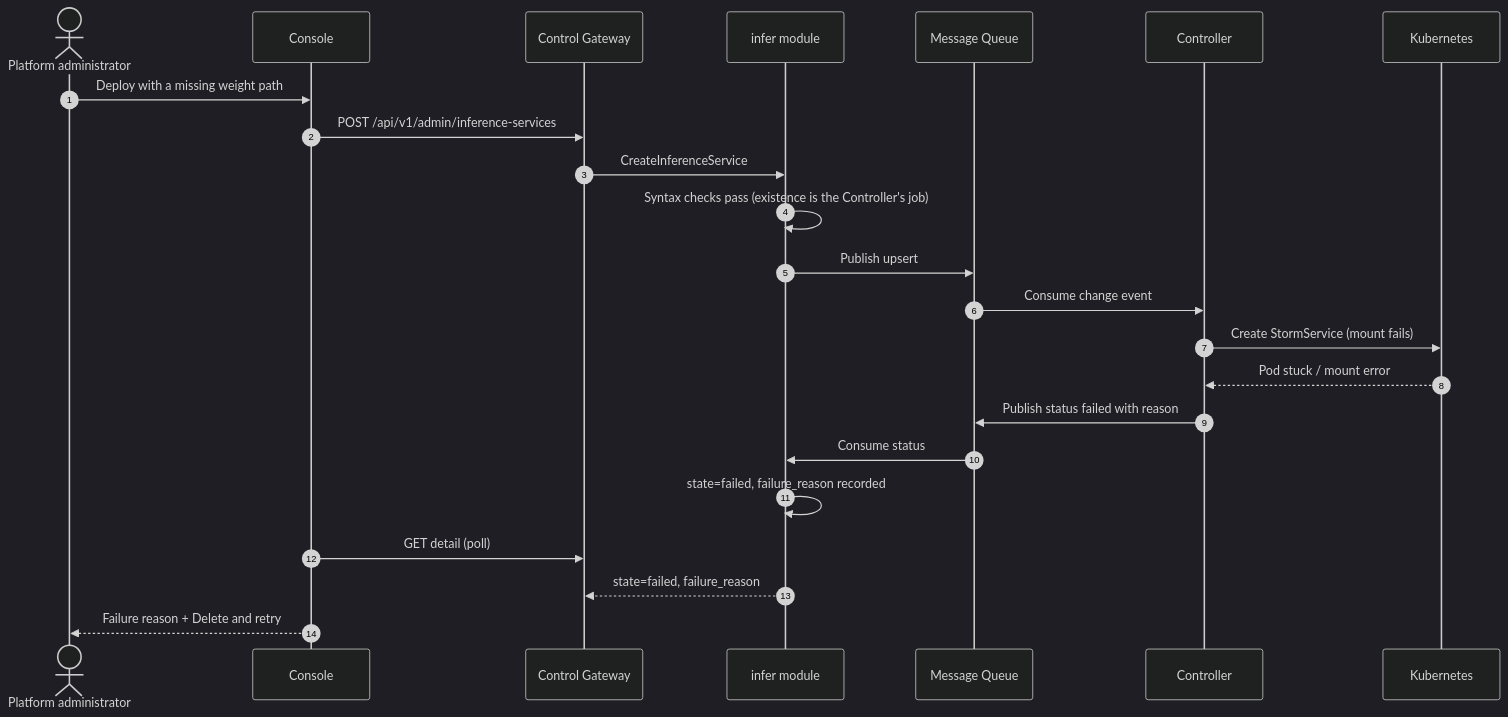
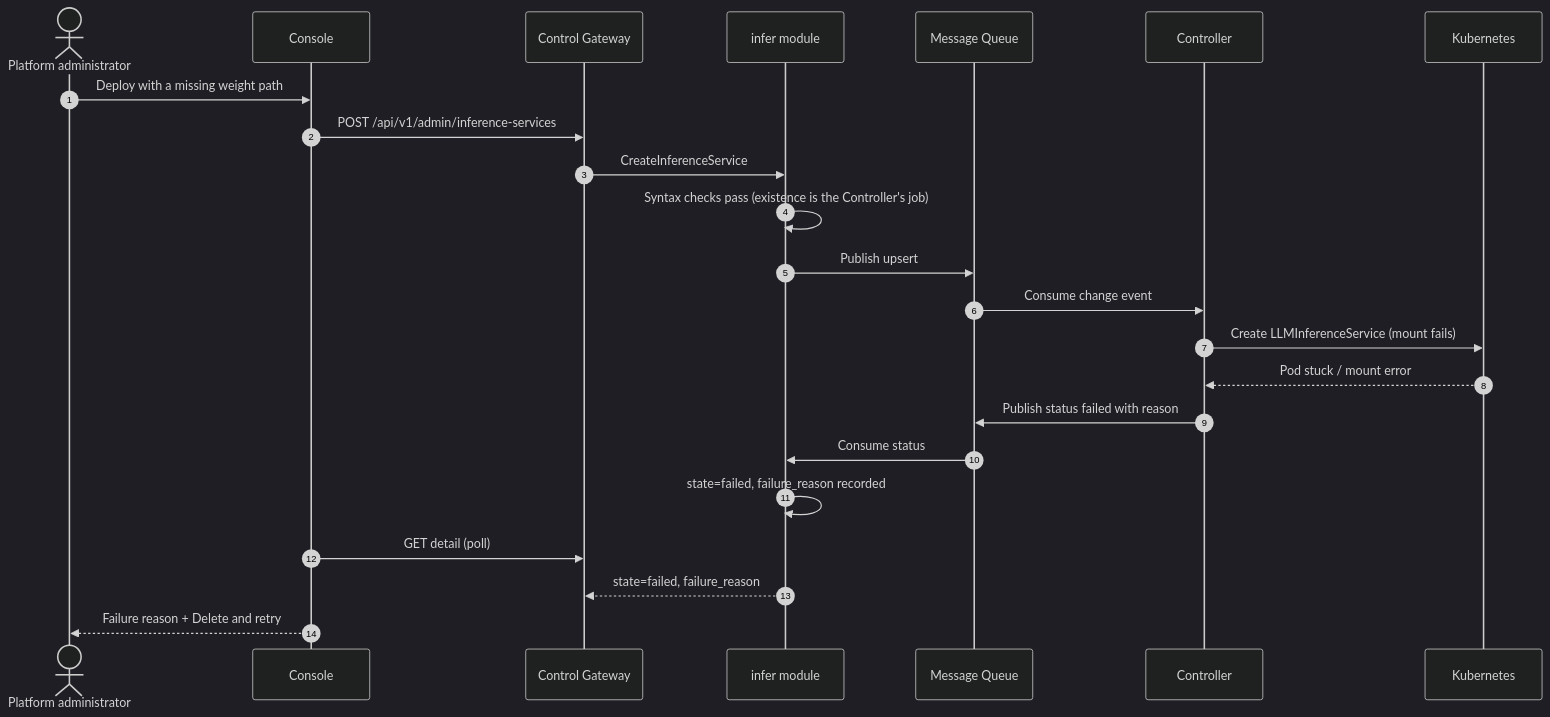
Before and after one commit to go-taas/go-taas: the fourth of 5 diagrams in site/docs/architecture/model-catalog-deployment.md, drawn with Mermaid (dark theme). The commit also changed other lines of this file and 151 other files, not shown here.

````diff
--- a/site/docs/architecture/model-catalog-deployment.md
+++ b/site/docs/architecture/model-catalog-deployment.md
@@ -363,26 +363,26 @@
 ```mermaid
 sequenceDiagram
     autonumber
     actor Admin as Platform administrator
     participant Console as Console
     participant CGW as Control Gateway
     participant Infer as infer module
     participant MQ as Message Queue
     participant CTRL as Controller
     participant K8s as Kubernetes
 
     Admin->>Console: Deploy with a missing weight path
     Console->>CGW: POST /api/v1/admin/inference-services
     CGW->>Infer: CreateInferenceService
     Infer->>Infer: Syntax checks pass (existence is the Controller's job)
     Infer->>MQ: Publish upsert
     MQ->>CTRL: Consume change event
-    CTRL->>K8s: Create StormService (mount fails)
+    CTRL->>K8s: Create LLMInferenceService (mount fails)
     K8s-->>CTRL: Pod stuck / mount error
     CTRL->>MQ: Publish status failed with reason
     MQ->>Infer: Consume status
     Infer->>Infer: state=failed, failure_reason recorded
     Console->>CGW: GET detail (poll)
     Infer-->>CGW: state=failed, failure_reason
     Console-->>Admin: Failure reason + Delete and retry
 ```
````
